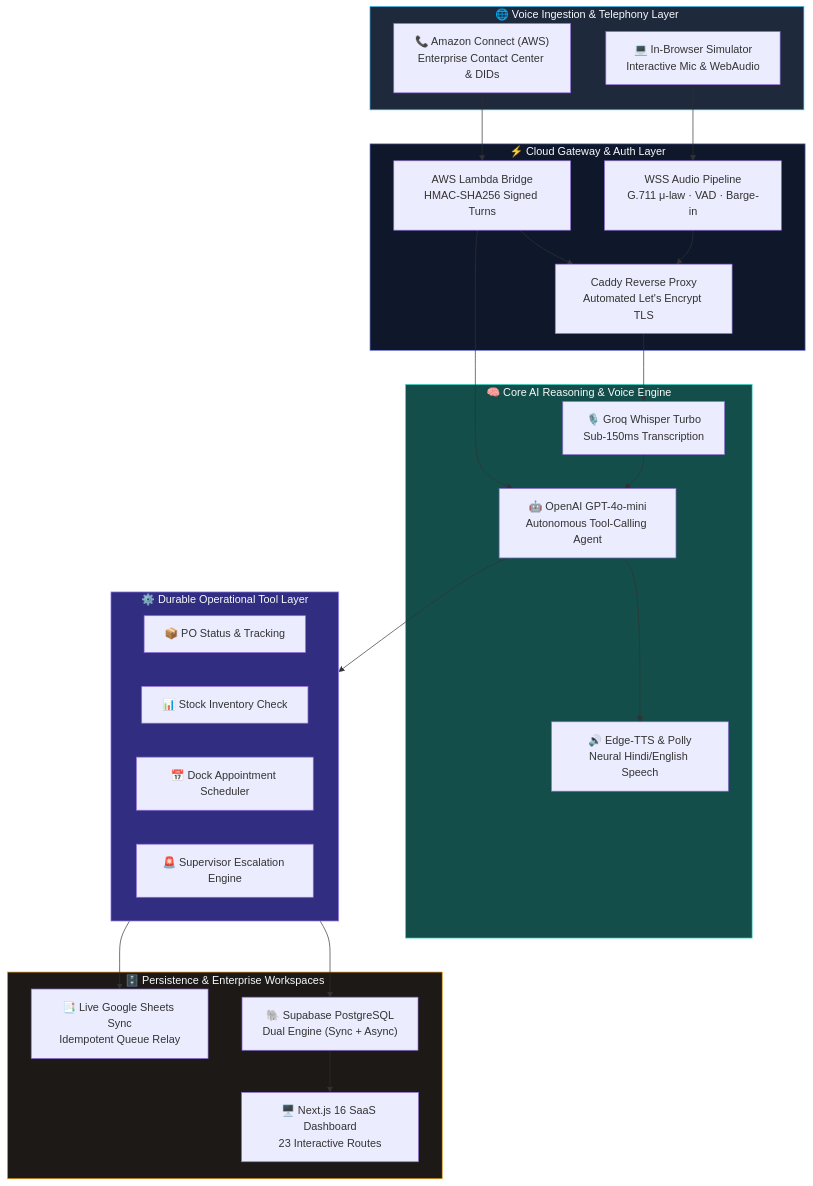
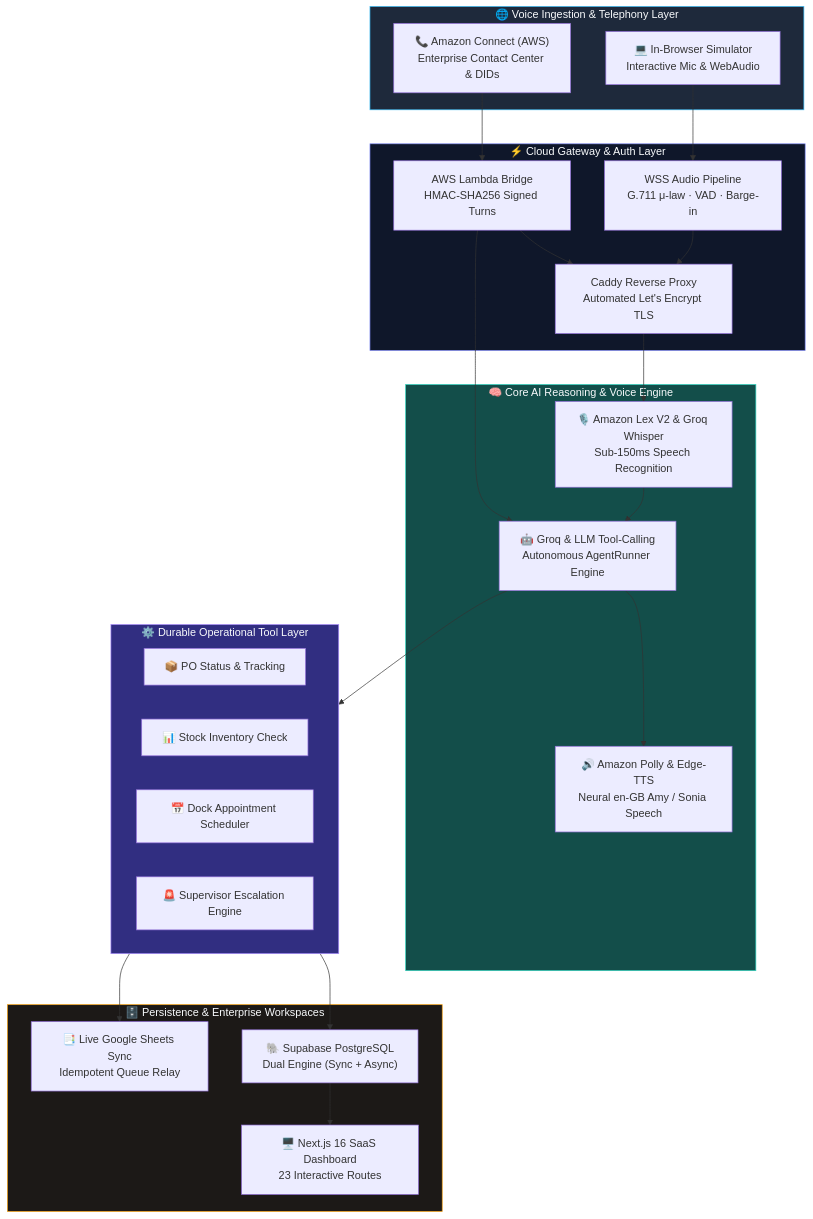
One commit to jeevesh2515/voxflow-voice-agent changed the diagram in README.md. Above: the diagram before and after it, drawn with Mermaid. The commit also changed other lines of this file and 3 other files, not shown here.

Commit message:
feat(connect): add turn latency telemetry and synchronize architecture docs

````diff
--- a/README.md
+++ b/README.md
@@ -63,49 +63,49 @@
 ```mermaid
 flowchart TB
     subgraph Carriers["🌐 Voice Ingestion & Telephony Layer"]
         AWS["📞 Amazon Connect (AWS)<br/>Enterprise Contact Center & DIDs"]
         WEB["💻 In-Browser Simulator<br/>Interactive Mic & WebAudio"]
     end
 
     subgraph Streaming["⚡ Cloud Gateway & Auth Layer"]
         LMB["AWS Lambda Bridge<br/>HMAC-SHA256 Signed Turns"]
         WSS["WSS Audio Pipeline<br/>G.711 μ-law · VAD · Barge-in"]
         CAD["Caddy Reverse Proxy<br/>Automated Let's Encrypt TLS"]
     end
 
     subgraph Intelligence["🧠 Core AI Reasoning & Voice Engine"]
-        STT["🎙️ Groq Whisper Turbo<br/>Sub-150ms Transcription"]
-        LLM["🤖 OpenAI GPT-4o-mini<br/>Autonomous Tool-Calling Agent"]
-        TTS["🔊 Edge-TTS & Polly<br/>Neural Hindi/English Speech"]
+        STT["🎙️ Amazon Lex V2 & Groq Whisper<br/>Sub-150ms Speech Recognition"]
+        LLM["🤖 Groq & LLM Tool-Calling<br/>Autonomous AgentRunner Engine"]
+        TTS["🔊 Amazon Polly & Edge-TTS<br/>Neural en-GB Amy / Sonia Speech"]
     end
 
     subgraph Tools["⚙️ Durable Operational Tool Layer"]
         T1["📦 PO Status & Tracking"]
         T2["📊 Stock Inventory Check"]
         T3["📅 Dock Appointment Scheduler"]
         T4["🚨 Supervisor Escalation Engine"]
     end
 
     subgraph Storage["🗄️ Persistence & Enterprise Workspaces"]
         PG["🐘 Supabase PostgreSQL<br/>Dual Engine (Sync + Async)"]
         GS["📑 Live Google Sheets Sync<br/>Idempotent Queue Relay"]
         DASH["🖥️ Next.js 16 SaaS Dashboard<br/>23 Interactive Routes"]
     end
 
     AWS --> LMB --> CAD
     WEB --> WSS --> CAD
 
     CAD --> STT --> LLM --> TTS
     LMB --> LLM
     LLM --> Tools
 
     Tools --> PG
     Tools --> GS
     PG --> DASH
 
     style Carriers fill:#1E293B,stroke:#38BDF8,color:#F8FAFC
     style Streaming fill:#0F172A,stroke:#818CF8,color:#F8FAFC
     style Intelligence fill:#134E4A,stroke:#2DD4BF,color:#F8FAFC
     style Tools fill:#312E81,stroke:#A78BFA,color:#F8FAFC
     style Storage fill:#1C1917,stroke:#F59E0B,color:#F8FAFC
 ```
````
